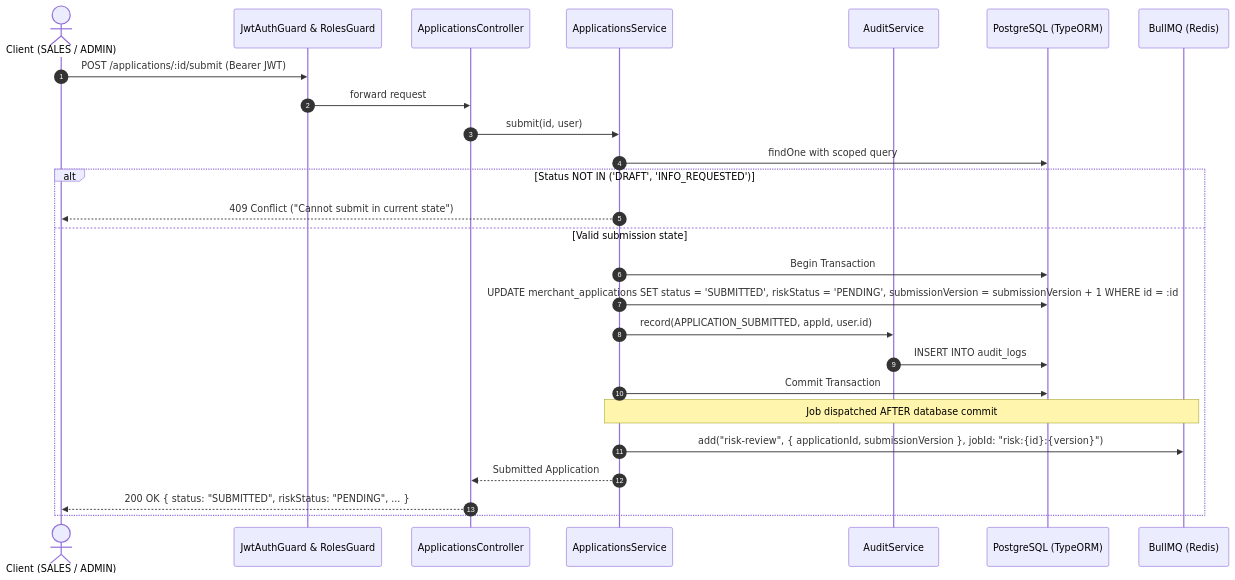
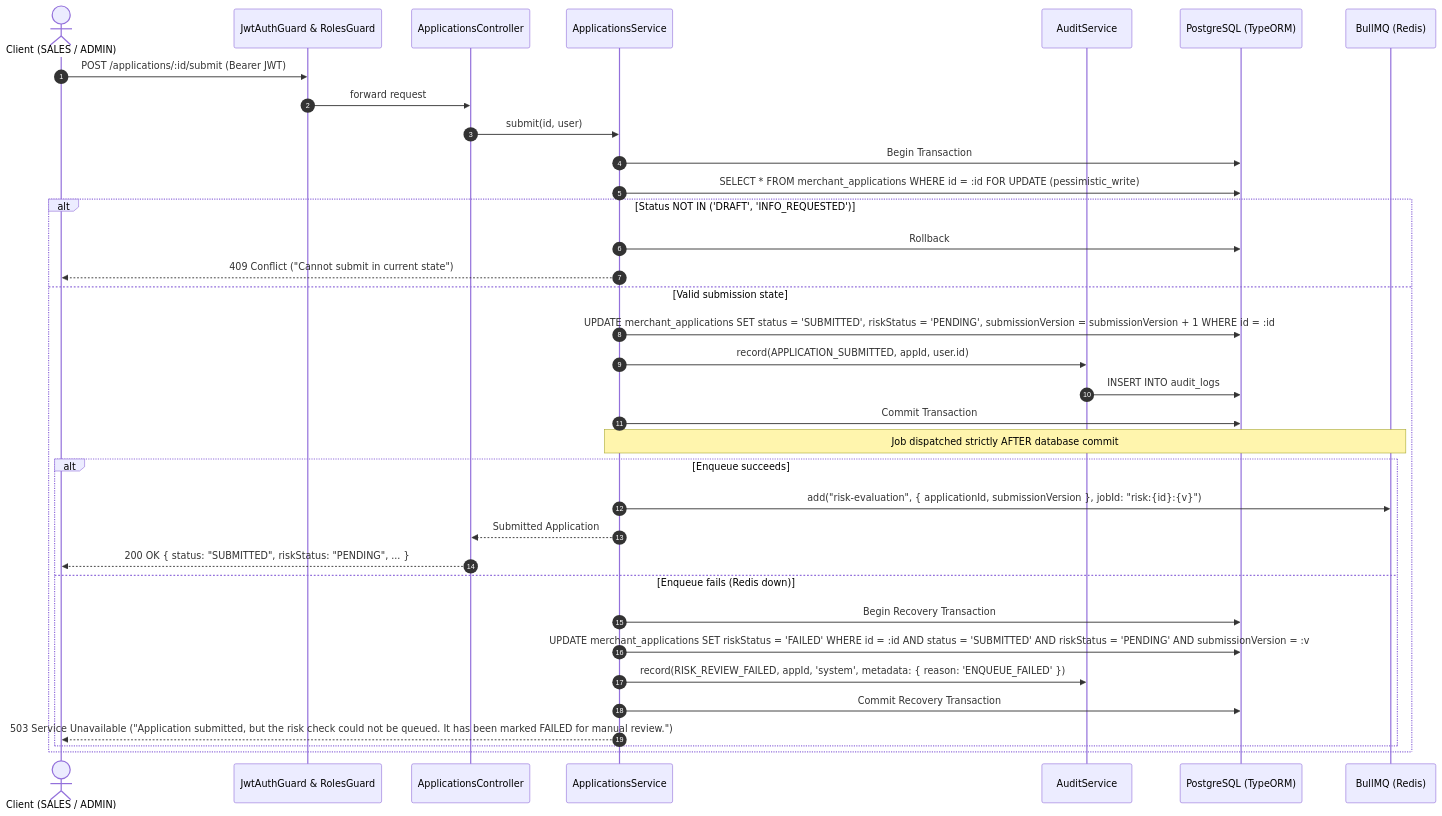
One commit to Bijayrauniyar/merchant-onboarding-api changed the seventh of 9 diagrams in DESIGN.md. Above: the diagram before and after it, drawn with Mermaid. The commit also changed other lines of this file and 5 other files, not shown here.

Commit message:
fix: add pessimistic write locking and risk enqueue failure handling to applications service

````diff
--- a/DESIGN.md
+++ b/DESIGN.md
@@ -385,31 +398,40 @@
 ```mermaid
 sequenceDiagram
     autonumber
     actor Client as Client (SALES / ADMIN)
     participant Guards as JwtAuthGuard & RolesGuard
     participant AppCtrl as ApplicationsController
     participant AppSvc as ApplicationsService
     participant Audit as AuditService
     participant DB as PostgreSQL (TypeORM)
     participant Queue as BullMQ (Redis)
 
     Client->>Guards: POST /applications/:id/submit (Bearer JWT)
     Guards->>AppCtrl: forward request
     AppCtrl->>AppSvc: submit(id, user)
-    AppSvc->>DB: findOne with scoped query
+    AppSvc->>DB: Begin Transaction
+    AppSvc->>DB: SELECT * FROM merchant_applications WHERE id = :id FOR UPDATE (pessimistic_write)
     
     alt Status NOT IN ('DRAFT', 'INFO_REQUESTED')
+        AppSvc->>DB: Rollback
         AppSvc-->>Client: 409 Conflict ("Cannot submit in current state")
     else Valid submission state
-        AppSvc->>DB: Begin Transaction
         AppSvc->>DB: UPDATE merchant_applications SET status = 'SUBMITTED', riskStatus = 'PENDING', submissionVersion = submissionVersion + 1 WHERE id = :id
         AppSvc->>Audit: record(APPLICATION_SUBMITTED, appId, user.id)
         Audit->>DB: INSERT INTO audit_logs
         AppSvc->>DB: Commit Transaction
         
-        note over AppSvc,Queue: Job dispatched AFTER database commit
-        AppSvc->>Queue: add("risk-review", { applicationId, submissionVersion }, jobId: "risk:{id}:{version}")
-        AppSvc-->>AppCtrl: Submitted Application
-        AppCtrl-->>Client: 200 OK { status: "SUBMITTED", riskStatus: "PENDING", ... }
+        note over AppSvc,Queue: Job dispatched strictly AFTER database commit
+        alt Enqueue succeeds
+            AppSvc->>Queue: add("risk-evaluation", { applicationId, submissionVersion }, jobId: "risk:{id}:{v}")
+            AppSvc-->>AppCtrl: Submitted Application
+            AppCtrl-->>Client: 200 OK { status: "SUBMITTED", riskStatus: "PENDING", ... }
+        else Enqueue fails (Redis down)
+            AppSvc->>DB: Begin Recovery Transaction
+            AppSvc->>DB: UPDATE merchant_applications SET riskStatus = 'FAILED' WHERE id = :id AND status = 'SUBMITTED' AND riskStatus = 'PENDING' AND submissionVersion = :v
+            AppSvc->>Audit: record(RISK_REVIEW_FAILED, appId, 'system', metadata: { reason: 'ENQUEUE_FAILED' })
+            AppSvc->>DB: Commit Recovery Transaction
+            AppSvc-->>Client: 503 Service Unavailable ("Application submitted, but the risk check could not be queued. It has been marked FAILED for manual review.")
+        end
     end
 ```
````
